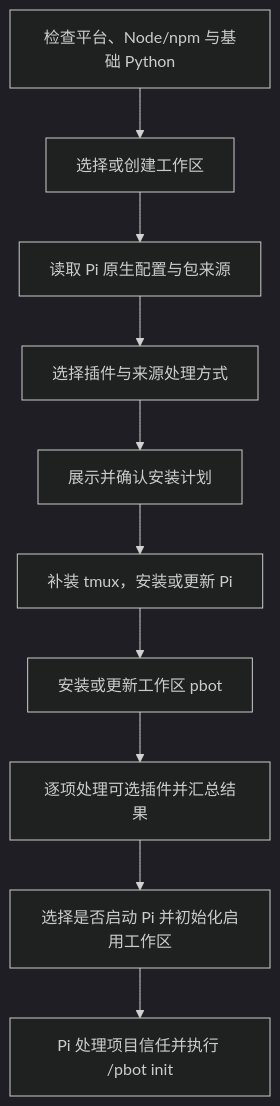
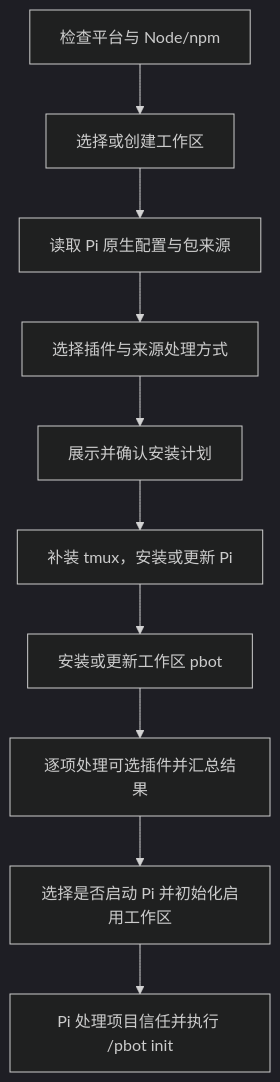
Before and after one commit to realqiyan/personal-bot: the diagram in docs/installation-design.md, drawn with Mermaid (dark theme). The commit also changed other lines of this file and 79 other files, not shown here.

````diff
--- a/docs/installation-design.md
+++ b/docs/installation-design.md
@@ -7,12 +7,12 @@
 ```mermaid
 flowchart TD
-    A[检查平台、Node/npm 与基础 Python] --> B[选择或创建工作区]
+    A[检查平台与 Node/npm] --> B[选择或创建工作区]
     B --> C[读取 Pi 原生配置与包来源]
     C --> D[选择插件与来源处理方式]
     D --> E[展示并确认安装计划]
     E --> F[补装 tmux，安装或更新 Pi]
     F --> G[安装或更新工作区 pbot]
     G --> H[逐项处理可选插件并汇总结果]
     H --> I[选择是否启动 Pi 并初始化启用工作区]
     I --> J[Pi 处理项目信任并执行 /pbot init]
 ```
````
